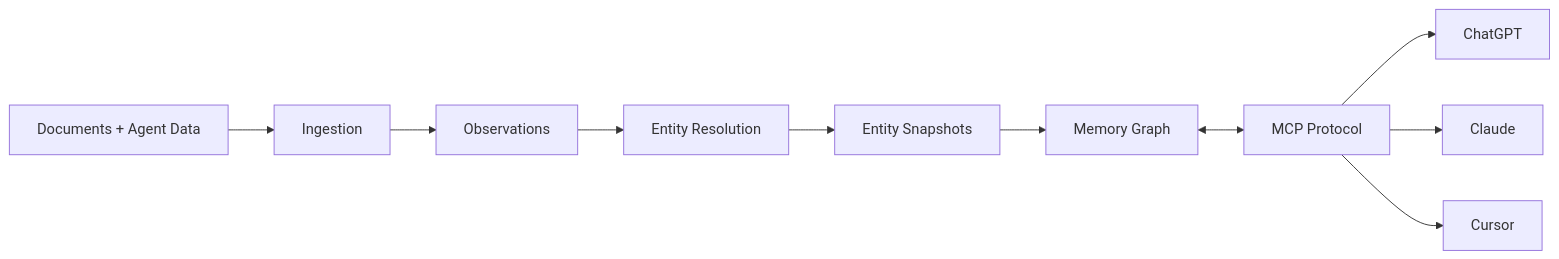
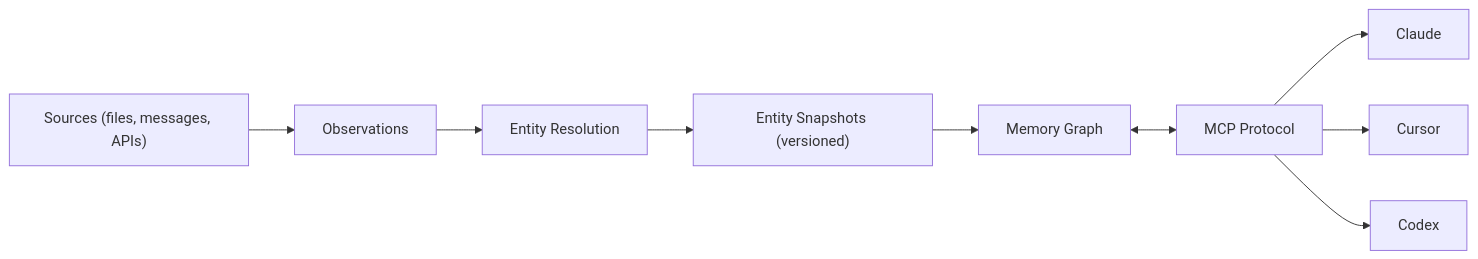
One commit to markmhendrickson/neotoma changed the diagram in README.md. Above: the diagram before and after it, drawn with Mermaid. The commit also changed other lines of this file and 653 other files, not shown here.

First line of the commit message:
Overhaul docs and site architecture for expanded multilingual navigation.

````diff
--- a/README.md
+++ b/README.md
@@ -43,12 +30,11 @@
 ```mermaid
 graph LR
-  Sources[Documents + Agent Data] --> Ingest[Ingestion]
-  Ingest --> Obs[Observations]
+  Sources["Sources (files, messages, APIs)"] --> Obs[Observations]
   Obs --> Entities[Entity Resolution]
-  Entities --> Snapshots[Entity Snapshots]
+  Entities --> Snapshots["Entity Snapshots (versioned)"]
   Snapshots --> Graph[Memory Graph]
   Graph <--> MCP[MCP Protocol]
-  MCP --> ChatGPT
   MCP --> Claude
   MCP --> Cursor
+  MCP --> Codex
 ```
````
